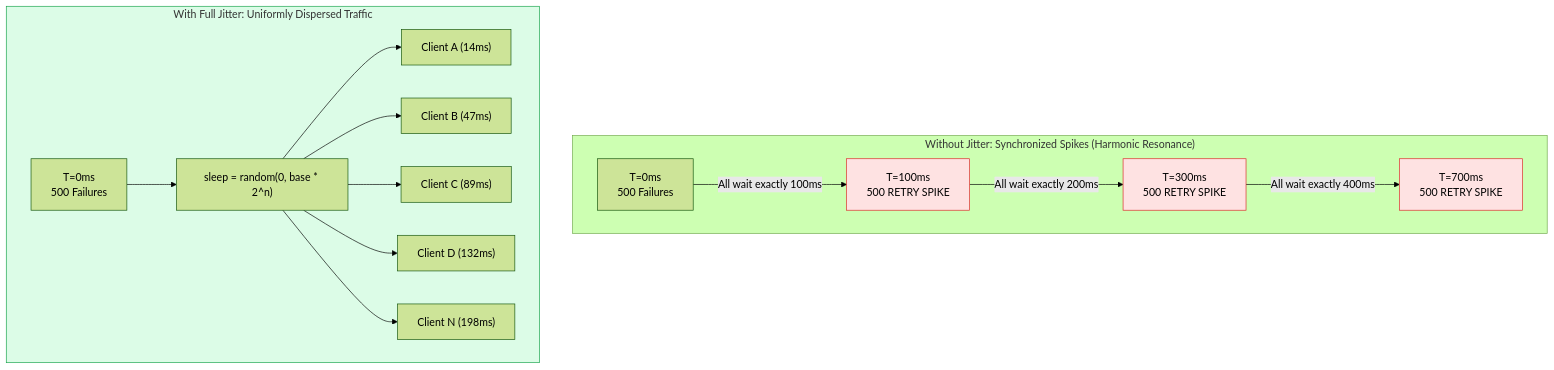
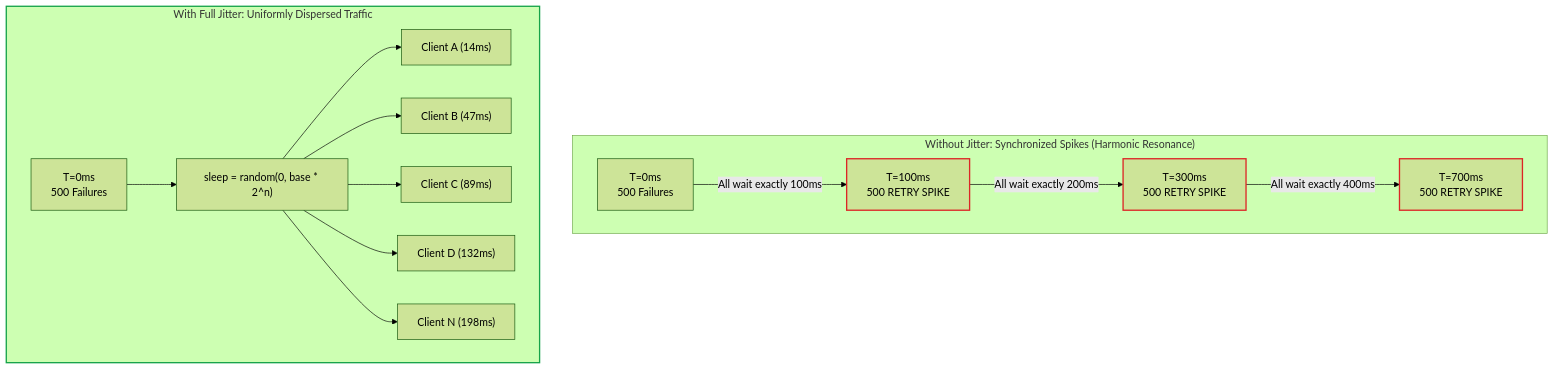
Before and after one commit to yodh4/ubiquitous-parakeet: the third of 4 diagrams in docs/02-retries-backoff-jitter.md, drawn with Mermaid (forest theme). The commit also changed other lines of this file and 5 other files, not shown here.

Commit message:
Docs: Fix dark/light theme contrast across all diagrams and add DOCUMENTATION_RULES.md

````diff
--- a/docs/02-retries-backoff-jitter.md
+++ b/docs/02-retries-backoff-jitter.md
@@ -122,24 +122,24 @@
 ```mermaid
 flowchart TD
     subgraph WithoutJitter ["Without Jitter: Synchronized Spikes (Harmonic Resonance)"]
         direction LR
         NJ0["T=0ms<br/>500 Failures"] -->|"All wait exactly 100ms"| NJ1["T=100ms<br/>500 RETRY SPIKE"]
         NJ1 -->|"All wait exactly 200ms"| NJ2["T=300ms<br/>500 RETRY SPIKE"]
         NJ2 -->|"All wait exactly 400ms"| NJ3["T=700ms<br/>500 RETRY SPIKE"]
     end
 
     subgraph WithJitter ["With Full Jitter: Uniformly Dispersed Traffic"]
         direction LR
         WJ0["T=0ms<br/>500 Failures"] --> Spread["sleep = random(0, base * 2^n)"]
         Spread --> R1["Client A (14ms)"]
         Spread --> R2["Client B (47ms)"]
         Spread --> R3["Client C (89ms)"]
         Spread --> R4["Client D (132ms)"]
         Spread --> R5["Client N (198ms)"]
     end
 
-    style NJ1 fill:#fee2e2,stroke:#dc2626
-    style NJ2 fill:#fee2e2,stroke:#dc2626
-    style NJ3 fill:#fee2e2,stroke:#dc2626
-    style WithJitter fill:#dcfce7,stroke:#16a34a
+    style NJ1 stroke:#dc2626,stroke-width:2px
+    style NJ2 stroke:#dc2626,stroke-width:2px
+    style NJ3 stroke:#dc2626,stroke-width:2px
+    style WithJitter stroke:#16a34a,stroke-width:2px
 ```
````
